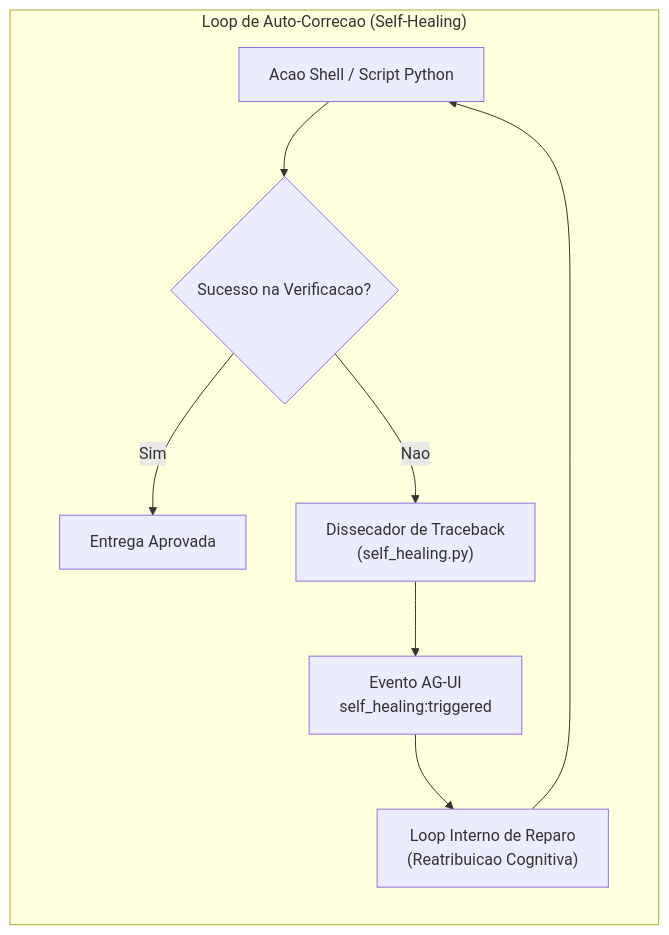
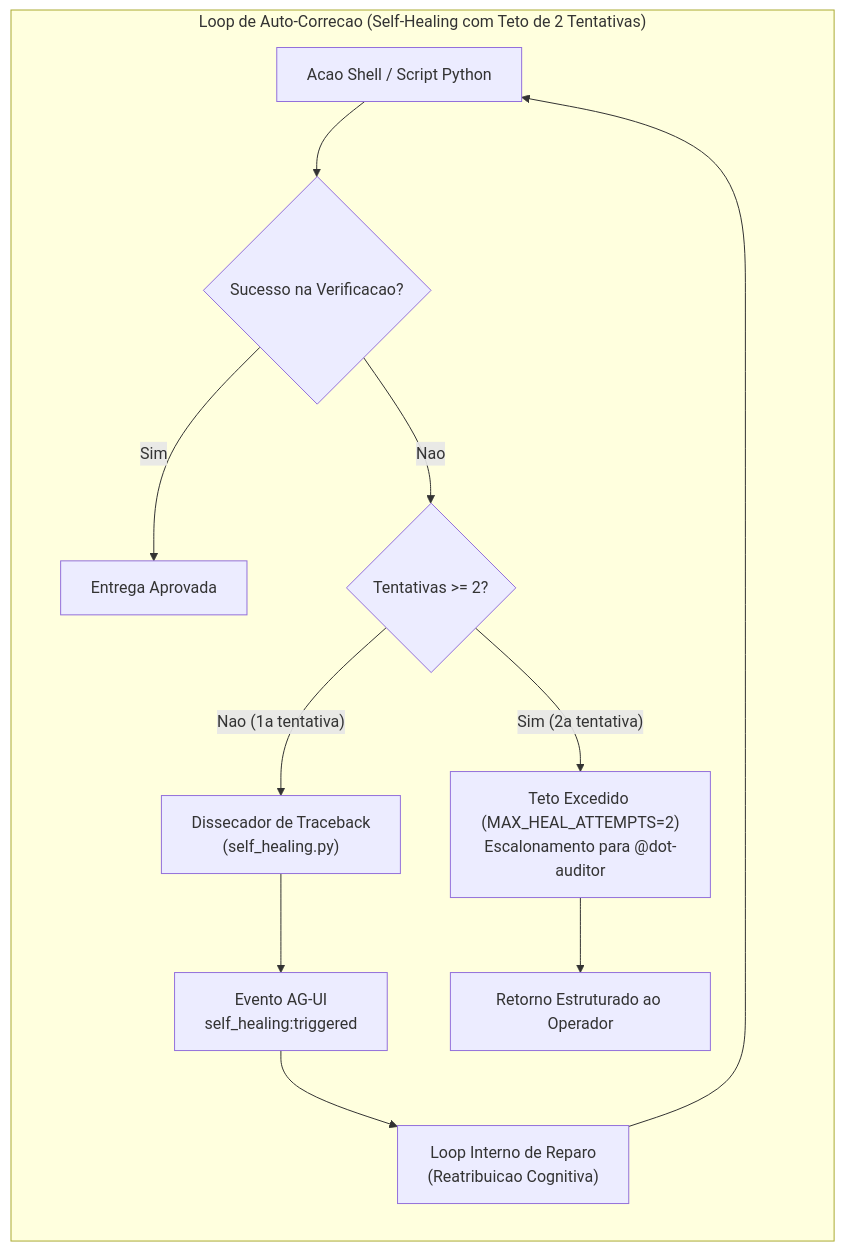
One commit to lyonpamplona/piDots changed the ninth of 12 diagrams in ARCHITECTURE.md. Above: the diagram before and after it, drawn with Mermaid. The commit also changed other lines of this file and 74 other files, not shown here.

````diff
--- a/ARCHITECTURE.md
+++ b/ARCHITECTURE.md
@@ -660,11 +716,14 @@
 ```mermaid
 flowchart LR
-    subgraph ExecutionLoop["Loop de Auto-Correcao (Self-Healing)"]
+    subgraph ExecutionLoop["Loop de Auto-Correcao (Self-Healing com Teto de 2 Tentativas)"]
         Action["Acao Shell / Script Python"] --> Eval{"Sucesso na Verificacao?"}
         Eval -- "Sim" --> Deliver["Entrega Aprovada"]
-        Eval -- "Nao" --> ParseTraceback["Dissecador de Traceback\n(self_healing.py)"]
+        Eval -- "Nao" --> CheckCeiling{"Tentativas >= 2?"}
+        CheckCeiling -- "Nao (1a tentativa)" --> ParseTraceback["Dissecador de Traceback\n(self_healing.py)"]
         ParseTraceback --> EmitEvent["Evento AG-UI\nself_healing:triggered"]
         EmitEvent --> Replan["Loop Interno de Reparo\n(Reatribuicao Cognitiva)"]
         Replan --> Action
+        CheckCeiling -- "Sim (2a tentativa)" --> Escalate["Teto Excedido (MAX_HEAL_ATTEMPTS=2)\nEscalonamento para @dot-auditor"]
+        Escalate --> DeliverFail["Retorno Estruturado ao Operador"]
     end
 ```
````
